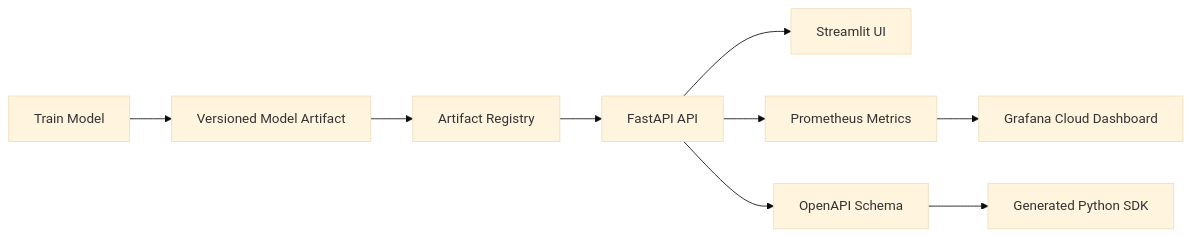
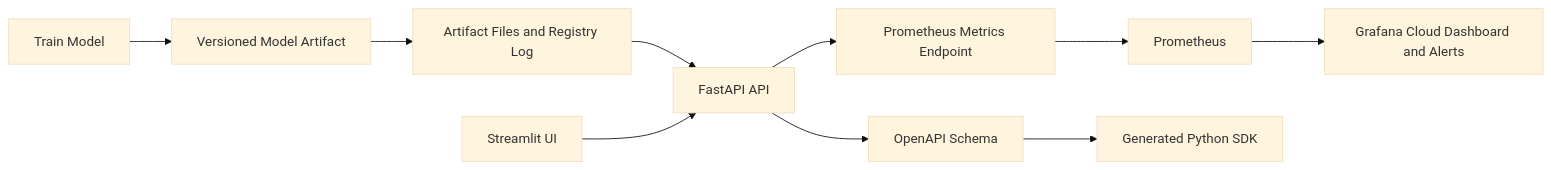
One commit to sepantakamali/E2EPRAIIP changed the first of 4 diagrams in README.md. Above: the diagram before and after it, drawn with Mermaid (base theme). The commit also changed other lines of this file, not shown here.

````diff
--- a/README.md
+++ b/README.md
@@ -34,11 +37,12 @@
 ```mermaid
 flowchart LR
     Train[Train Model] --> Artifact[Versioned Model Artifact]
-    Artifact --> Registry[Artifact Registry]
+    Artifact --> Registry[Artifact Files and Registry Log]
     Registry --> API[FastAPI API]
-    API --> UI[Streamlit UI]
-    API --> Metrics[Prometheus Metrics]
-    Metrics --> Grafana[Grafana Cloud Dashboard]
+    UI[Streamlit UI] --> API
+    API --> Metrics[Prometheus Metrics Endpoint]
+    Metrics --> Prometheus[Prometheus]
+    Prometheus --> Grafana[Grafana Cloud Dashboard and Alerts]
     API --> Schema[OpenAPI Schema]
     Schema --> SDK[Generated Python SDK]
 ```
````
